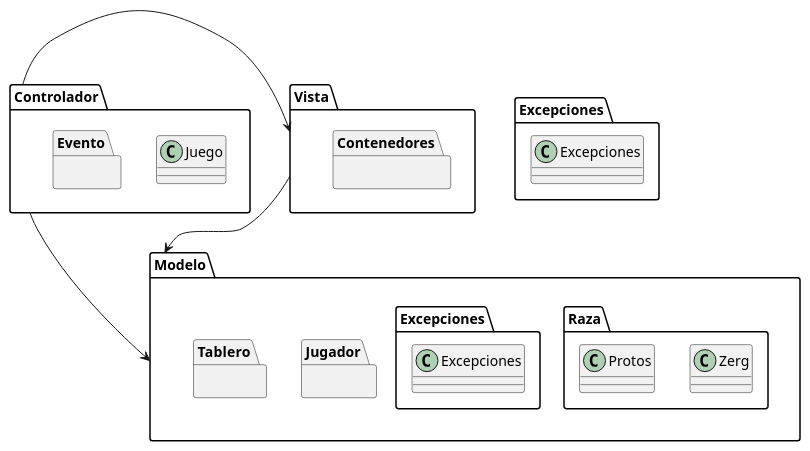
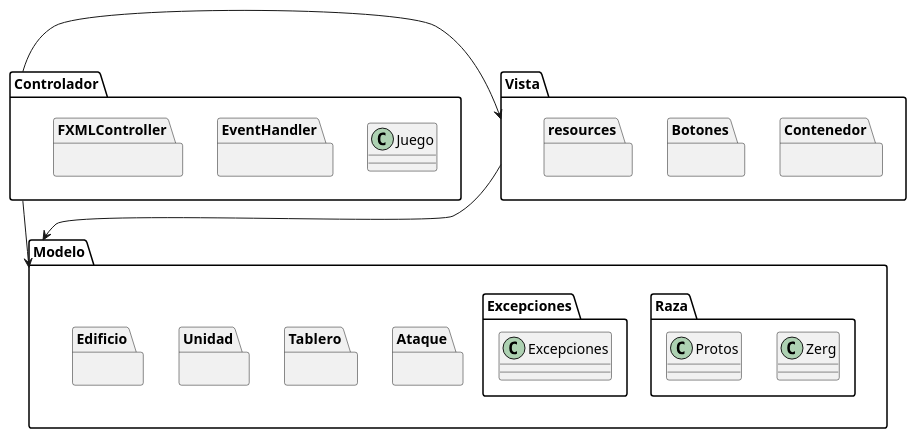
Before and after one commit to nicolasgirardi/algo3_TP2_AlgoStar: the diagram in diagrams/packages/DiagramaDePaquetes3.puml, drawn with PlantUML. The commit also changed 1 other file, not shown here.

Commit message:
actualizo diagramas de paquetes

```diff
--- a/diagrams/packages/DiagramaDePaquetes3.puml
+++ b/diagrams/packages/DiagramaDePaquetes3.puml
@@ -1,38 +1,45 @@
 @startuml
 
 package Vista{
-    package Contenedores{}
+    package Contenedor{}
+    package Botones{}
+       package resources{}
+
+
     }
 
 package Controlador{
     class Juego
-    package Evento{}
+    package EventHandler{}
+    package FXMLController{}
+
     }
 
 package  Modelo{
 
-    package Jugador {}
+    package Ataque {}
 
     package Raza {
         class Zerg
         class Protos
         }
 
     package Tablero {}
 
 
     package Excepciones {
         class Excepciones
         }
+    package Unidad {}
+    package Edificio {}
+
     }
 
-package Excepciones {
-    class Excepciones
-    }
+
 
 Controlador -> Modelo
 Vista --> Modelo
 Controlador -> Vista
 
 
 @enduml
```
